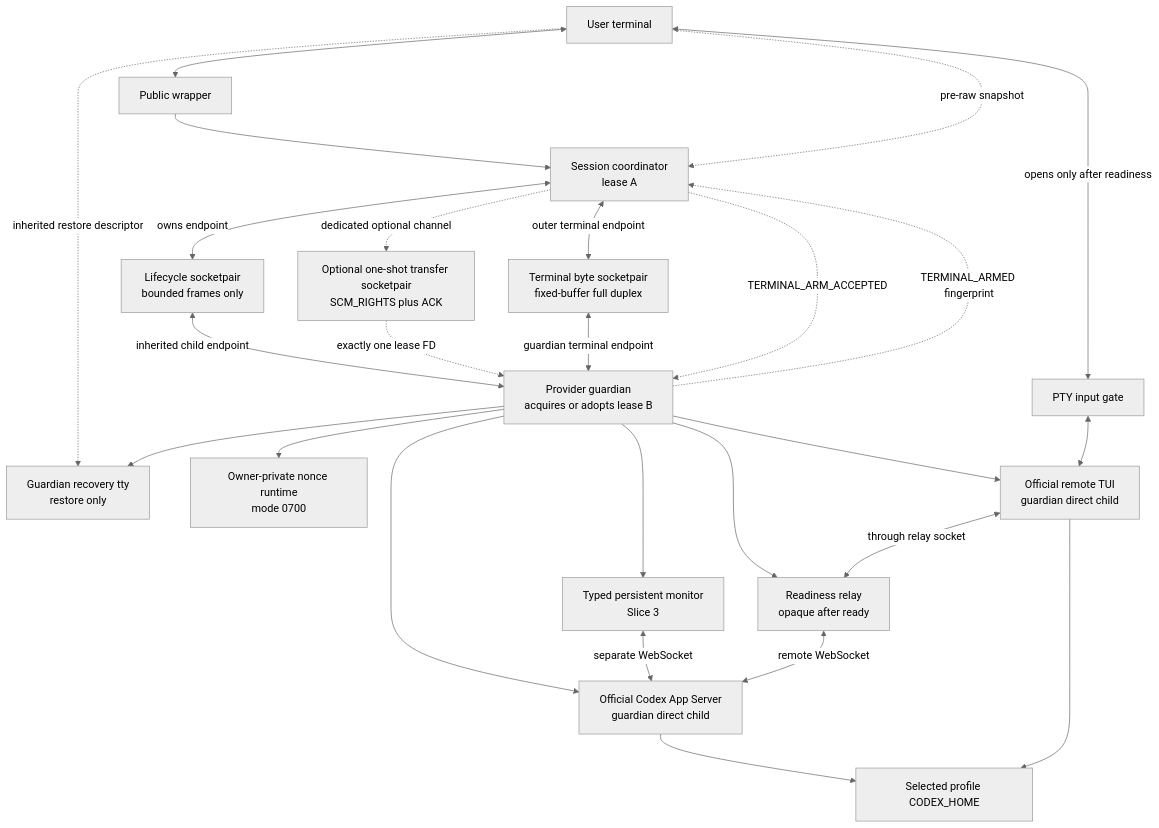
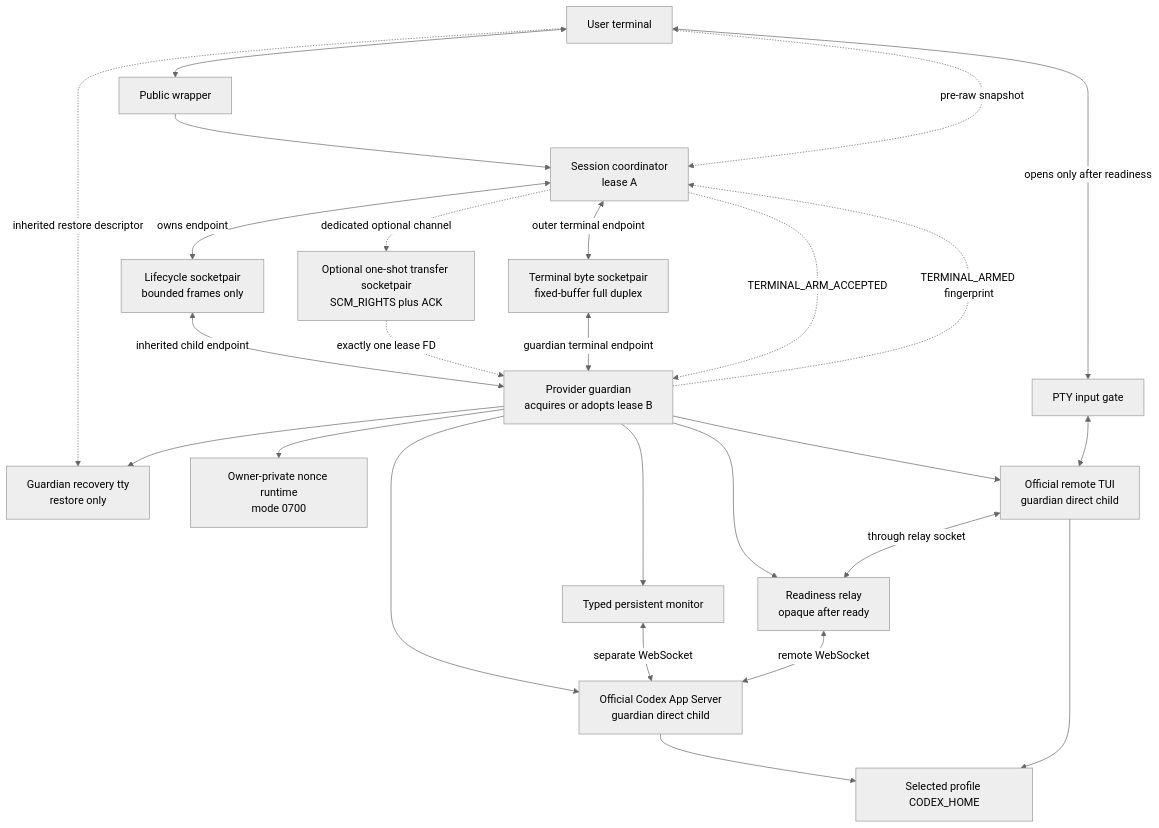
Before and after one commit to kazu-42/calcifer: the first of 4 diagrams in docs/adr/0003-supervised-codex-session.md, drawn with Mermaid (neutral theme). The commit also changed other lines of this file and 54 other files, not shown here.

````diff
--- a/docs/adr/0003-supervised-codex-session.md
+++ b/docs/adr/0003-supervised-codex-session.md
@@ -76,44 +94,44 @@
 ```mermaid
 flowchart TB
     TERM[User terminal]
     PUB[Public wrapper]
     COORD[Session coordinator<br/>lease A]
     GUARD[Provider guardian<br/>acquires or adopts lease B]
     LIFE[Lifecycle socketpair<br/>bounded frames only]
     XFER[Optional one-shot transfer socketpair<br/>SCM_RIGHTS plus ACK]
     BYTES[Terminal byte socketpair<br/>fixed-buffer full duplex]
     RECOVERY[Guardian recovery tty<br/>restore only]
     RUNTIME[Owner-private nonce runtime<br/>mode 0700]
     APP[Official Codex App Server<br/>guardian direct child]
-    MON[Typed persistent monitor<br/>Slice 3]
+    MON[Typed persistent monitor]
     RELAY[Readiness relay<br/>opaque after ready]
     TUI[Official remote TUI<br/>guardian direct child]
     GATE[PTY input gate]
     HOME[Selected profile CODEX_HOME]
 
     TERM <--> PUB
     PUB --> COORD
     COORD <-->|owns endpoint| LIFE
     LIFE <-->|inherited child endpoint| GUARD
     COORD -. dedicated optional channel .-> XFER
     XFER -. exactly one lease FD .-> GUARD
     COORD <-->|outer terminal endpoint| BYTES
     BYTES <-->|guardian terminal endpoint| GUARD
     TERM -. pre-raw snapshot .-> COORD
     TERM -. inherited restore descriptor .-> RECOVERY
     GUARD --> RECOVERY
     GUARD -. TERMINAL_ARMED fingerprint .-> COORD
     COORD -. TERMINAL_ARM_ACCEPTED .-> GUARD
     GUARD --> RUNTIME
     GUARD --> APP
     GUARD --> MON
     GUARD --> RELAY
     GUARD --> TUI
     TERM <-->|opens only after readiness| GATE
     GATE <--> TUI
     MON <-->|separate WebSocket| APP
     TUI <-->|through relay socket| RELAY
     RELAY <-->|remote WebSocket| APP
     APP --> HOME
     TUI --> HOME
 ```
````
